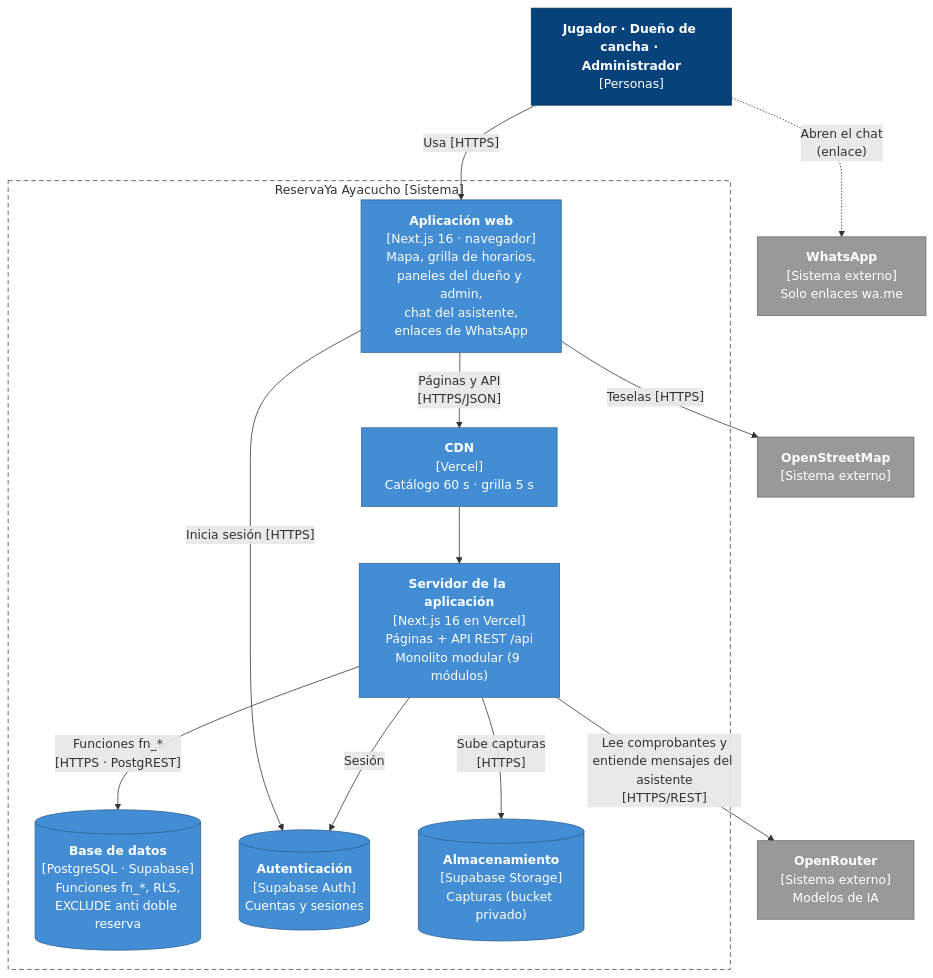
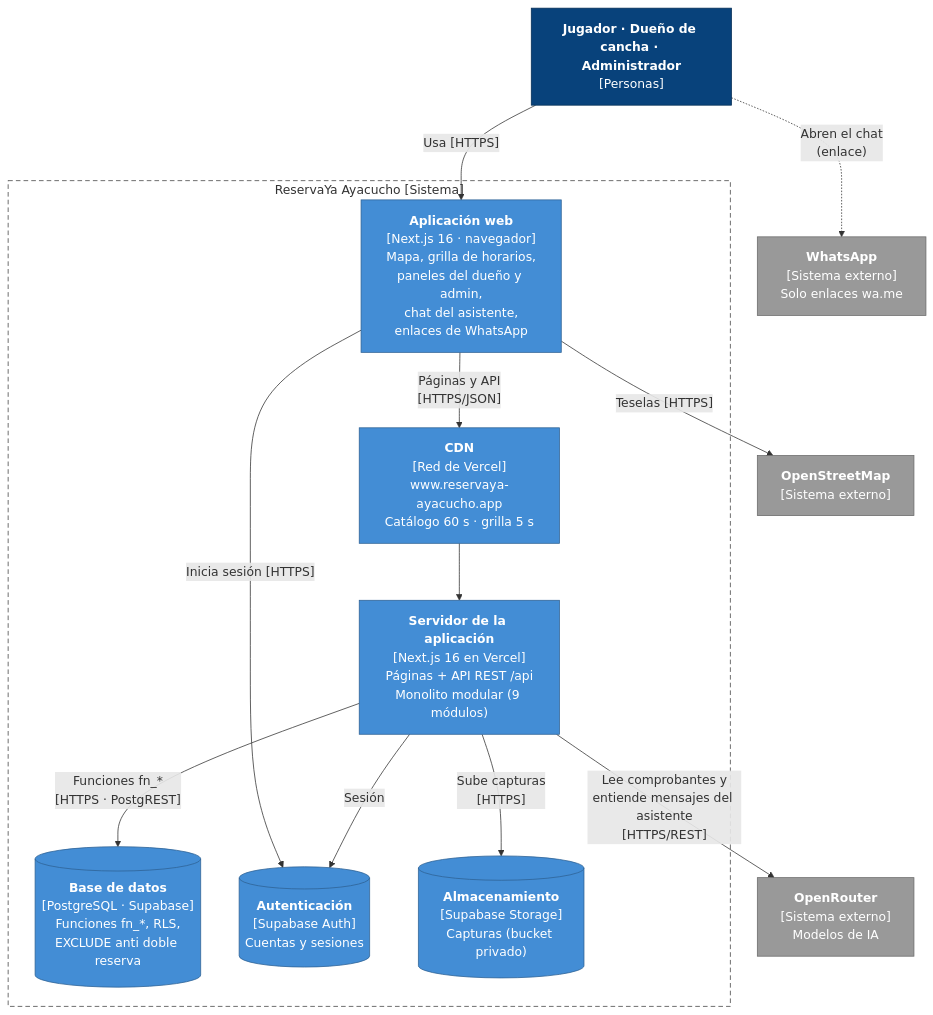
The diagram in img/fuentes-svg/nivel2-contenedores.mmd (edhtsprado27-bit/ReservaYa-Ayacucho), drawn with Mermaid before and after one commit. The commit also changed 9 other files, not shown here.

```diff
--- a/img/fuentes-svg/nivel2-contenedores.mmd
+++ b/img/fuentes-svg/nivel2-contenedores.mmd
@@ -1,34 +1,34 @@
 flowchart TB
     usuarios["<b>Jugador · Dueño de cancha · Administrador</b><br/>[Personas]"]
 
     subgraph limite["ReservaYa Ayacucho [Sistema]"]
         web["<b>Aplicación web</b><br/>[Next.js 16 · navegador]<br/>Mapa, grilla de horarios,<br/>paneles del dueño y admin,<br/>chat del asistente,<br/>enlaces de WhatsApp"]
         srv["<b>Servidor de la aplicación</b><br/>[Next.js 16 en Vercel]<br/>Páginas + API REST /api<br/>Monolito modular (9 módulos)"]
-        cdn["<b>CDN</b><br/>[Vercel]<br/>Catálogo 60 s · grilla 5 s"]
+        cdn["<b>CDN</b><br/>[Red de Vercel]<br/>www.reservaya-ayacucho.app<br/>Catálogo 60 s · grilla 5 s"]
         bd[("<b>Base de datos</b><br/>[PostgreSQL · Supabase]<br/>Funciones fn_*, RLS,<br/>EXCLUDE anti doble reserva")]
         auth[("<b>Autenticación</b><br/>[Supabase Auth]<br/>Cuentas y sesiones")]
         storage[("<b>Almacenamiento</b><br/>[Supabase Storage]<br/>Capturas (bucket privado)")]
     end
 
     openrouter["<b>OpenRouter</b><br/>[Sistema externo]<br/>Modelos de IA"]
     osm["<b>OpenStreetMap</b><br/>[Sistema externo]"]
     whatsapp["<b>WhatsApp</b><br/>[Sistema externo]<br/>Solo enlaces wa.me"]
 
     usuarios -- "Usa [HTTPS]" --> web
     web -- "Páginas y API<br/>[HTTPS/JSON]" --> cdn
     cdn --> srv
     web -- "Inicia sesión [HTTPS]" --> auth
     web -- "Teselas [HTTPS]" --> osm
     srv -- "Funciones fn_*<br/>[HTTPS · PostgREST]" --> bd
     srv -- "Sesión" --> auth
     srv -- "Sube capturas<br/>[HTTPS]" --> storage
     srv -- "Lee comprobantes y<br/>entiende mensajes del asistente<br/>[HTTPS/REST]" --> openrouter
     usuarios -. "Abren el chat<br/>(enlace)" .-> whatsapp
 
     classDef persona fill:#08427b,stroke:#052e56,color:#fff
     classDef contenedor fill:#438dd5,stroke:#2e6295,color:#fff
     classDef externo fill:#999999,stroke:#6b6b6b,color:#fff
     class usuarios persona
     class web,srv,cdn,bd,auth,storage contenedor
     class openrouter,osm,whatsapp externo
     style limite fill:none,stroke:#444,stroke-dasharray:6 4
```
